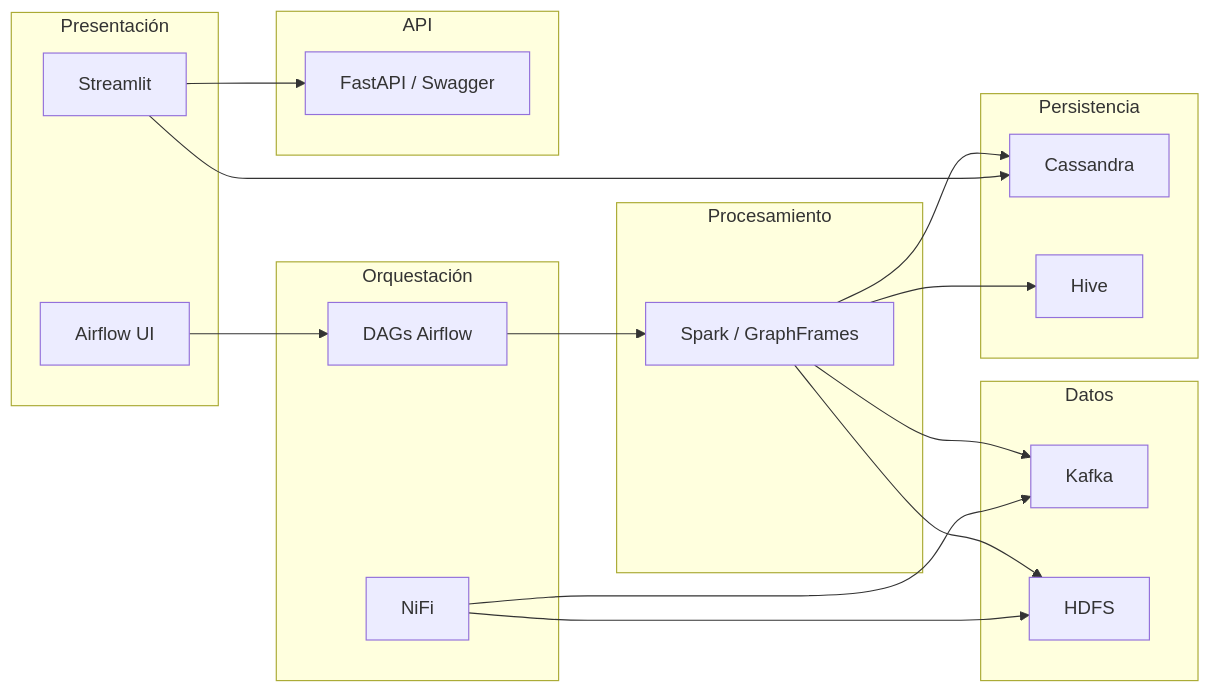
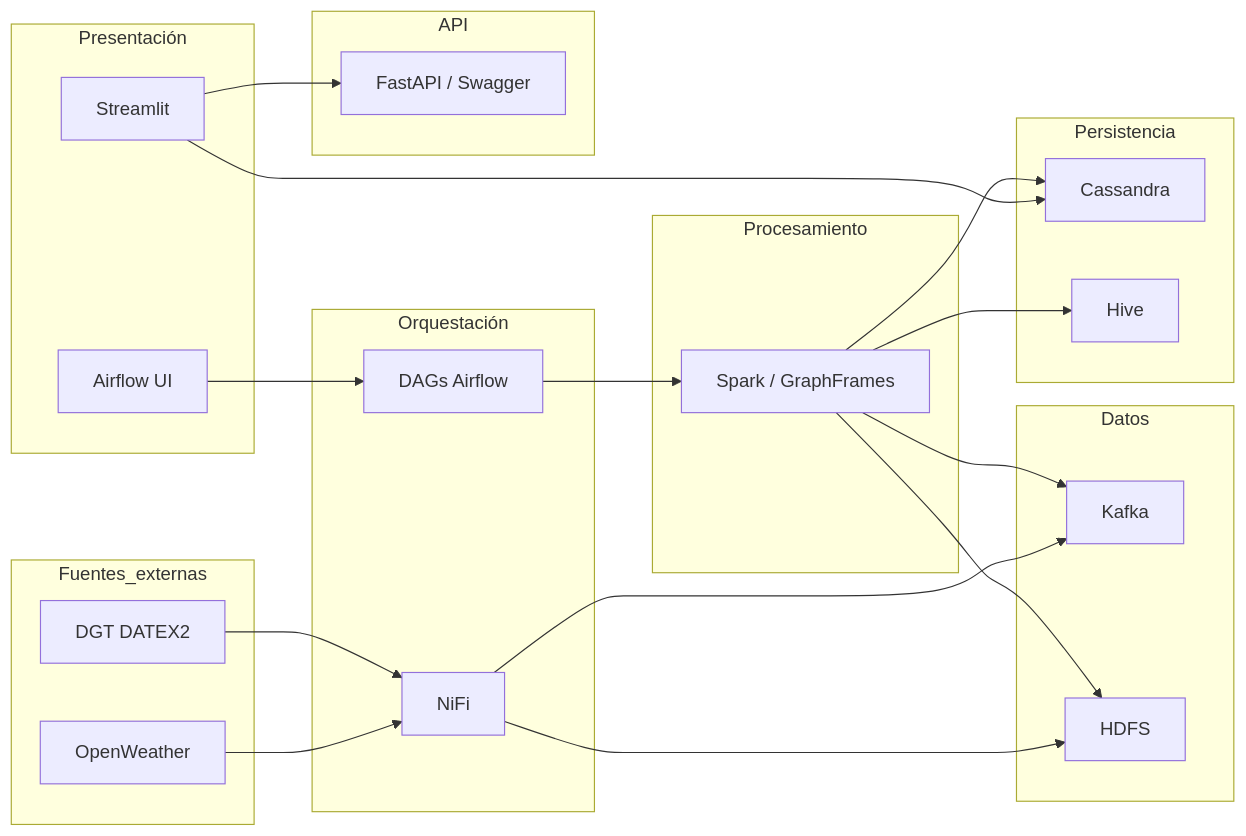
One commit to gracobjo/proyecto_transporte_global_standalone changed the second of 2 diagrams in docs/DISENO_SISTEMA.md. Above: the diagram before and after it, drawn with Mermaid. The commit also changed other lines of this file and 47 other files, not shown here.

````diff
--- a/docs/DISENO_SISTEMA.md
+++ b/docs/DISENO_SISTEMA.md
@@ -127,35 +131,41 @@
 ```mermaid
 flowchart LR
   subgraph Presentación
     ST[Streamlit]
     AFU[Airflow UI]
   end
   subgraph Orquestación
     AFD[DAGs Airflow]
     NIF[NiFi]
+  end
+  subgraph Fuentes_externas
+    OWM[OpenWeather]
+    DGT[DGT DATEX2]
   end
   subgraph Datos
     KF[Kafka]
     HD[HDFS]
   end
   subgraph Procesamiento
     SPK[Spark / GraphFrames]
   end
   subgraph Persistencia
     CS[Cassandra]
     HV[Hive]
   end
   subgraph API
     FAPI[FastAPI / Swagger]
   end
   ST --> CS
   ST --> FAPI
   AFU --> AFD
   AFD --> SPK
+  OWM --> NIF
+  DGT --> NIF
   NIF --> KF
   NIF --> HD
   SPK --> KF
   SPK --> HD
   SPK --> CS
   SPK --> HV
 ```
````
